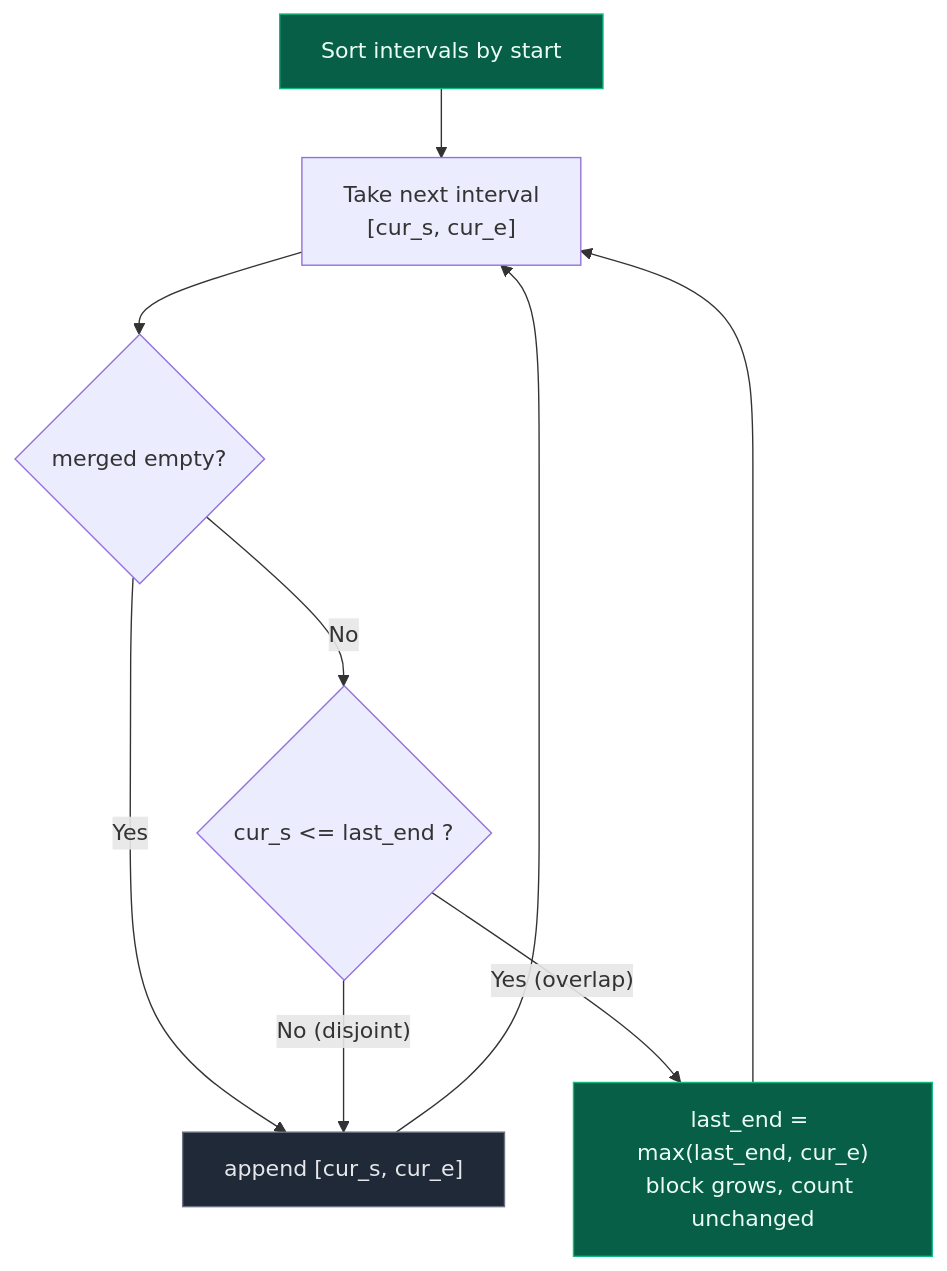
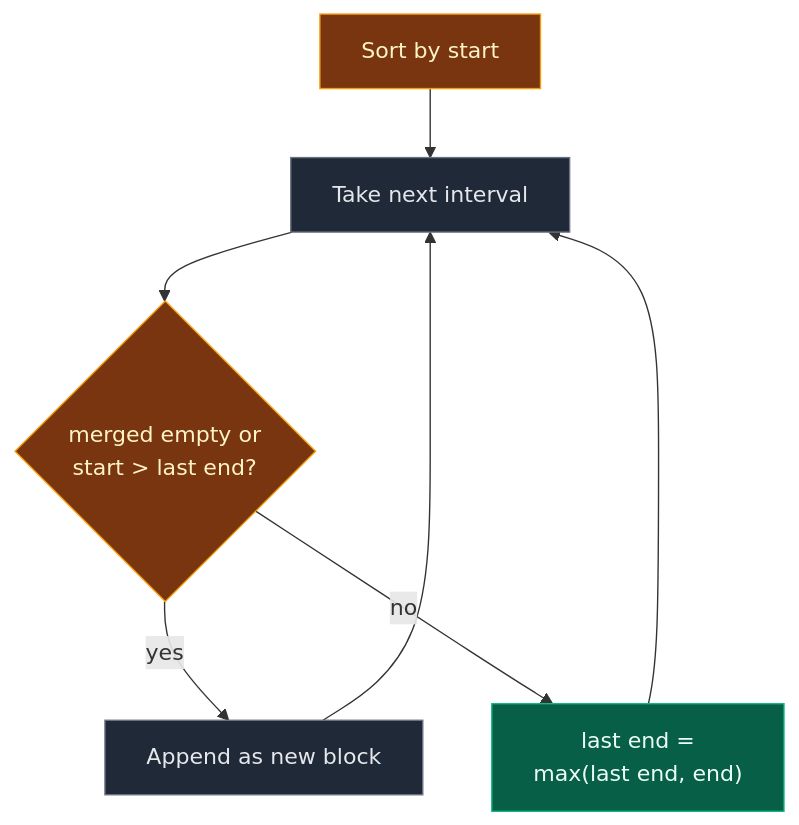
One commit to ajay-nikumbh/dsa-notes changed the diagram in 01. Array/14. Intervals/01. 56. Merge Intervals.md. Above: the diagram before and after it, drawn with Mermaid. The commit also changed other lines of this file and 85 other files, not shown here.

````diff
--- a/01. Array/14. Intervals/01. 56. Merge Intervals.md
+++ b/01. Array/14. Intervals/01. 56. Merge Intervals.md
@@ -70,14 +68,13 @@
 ```mermaid
 flowchart TD
-    S["Sort intervals by start"]:::calc --> L["Take next interval<br/>[cur_s, cur_e]"]
-    L --> E{"merged empty?"}
-    E -- "Yes" --> A["append [cur_s, cur_e]"]:::edge
-    E -- "No" --> C{"cur_s <= last_end ?"}
-    C -- "No (disjoint)" --> A
-    C -- "Yes (overlap)" --> M["last_end = max(last_end, cur_e)<br/>block grows, count unchanged"]:::calc
+    S["Sort by start"]:::c --> L["Take next interval"]:::a
+    L --> E{"merged empty or<br/>start > last end?"}:::c
+    E -- "yes" --> A["Append as new block"]:::a
+    E -- "no" --> M["last end =<br/>max(last end, end)"]:::d
     A --> L
     M --> L
 
-    classDef edge fill:#1f2937,stroke:#6b7280,color:#e5e7eb
-    classDef calc fill:#065f46,stroke:#10b981,color:#ecfdf5
+    classDef a fill:#1f2937,stroke:#6b7280,color:#e5e7eb
+    classDef c fill:#78350f,stroke:#f59e0b,color:#fef3c7
+    classDef d fill:#065f46,stroke:#10b981,color:#ecfdf5
 ```
````
